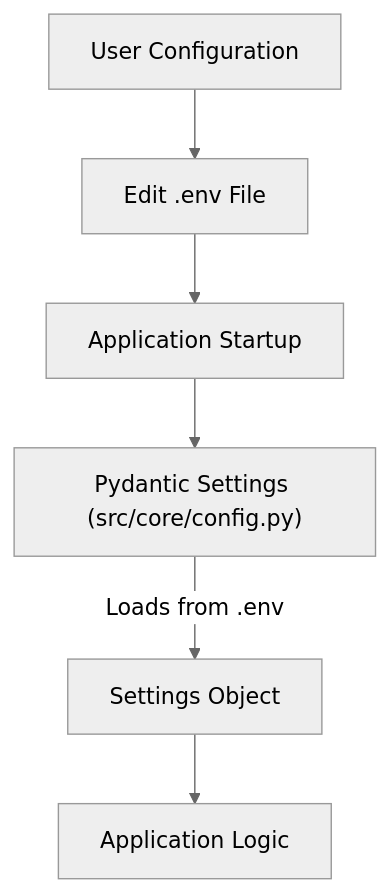
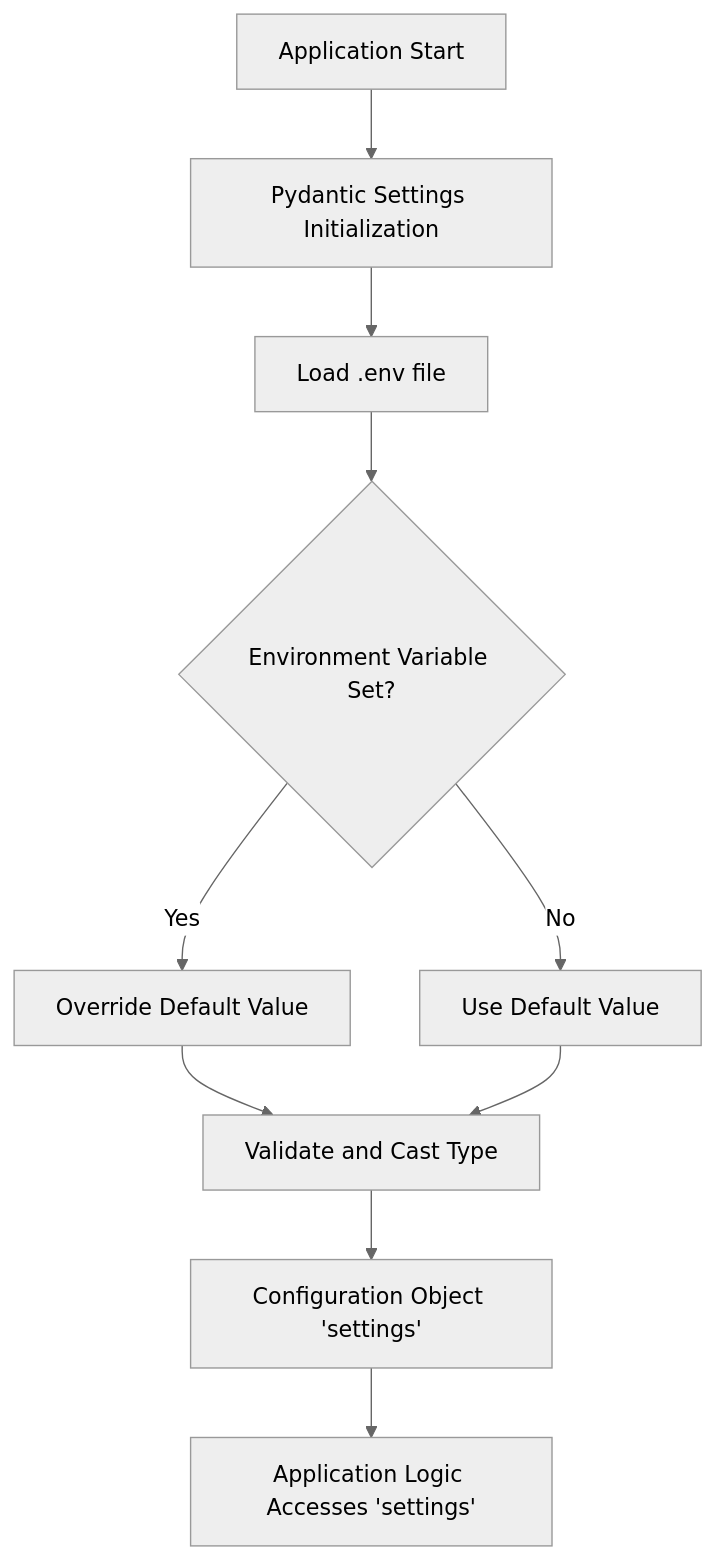
The tenth of 14 diagrams in examples/wiki_as_README.md (catuscio/wiki-as-readme), drawn with Mermaid (neutral theme) before and after one commit. The commit also changed other lines of this file, not shown here.

````diff
--- a/examples/wiki_as_README.md
+++ b/examples/wiki_as_README.md
@@ -1426,8 +1539,12 @@
 ```mermaid
 graph TD
-    A["User Configuration"] --> B["Edit .env File"];
-    B --> C["Application Startup"];
-    C --> D["Pydantic Settings (src/core/config.py)"];
-    D -- "Loads from .env" --> E["Settings Object"];
-    E --> F["Application Logic"];
+    A["Application Start"] --> B["Pydantic Settings Initialization"];
+    B --> C["Load .env file"];
+    C --> D{"Environment Variable Set?"};
+    D -- Yes --> E["Override Default Value"];
+    D -- No --> F["Use Default Value"];
+    E --> G["Validate and Cast Type"];
+    F --> G;
+    G --> H["Configuration Object 'settings'"];
+    H --> I["Application Logic Accesses 'settings'"];
 ```
````
